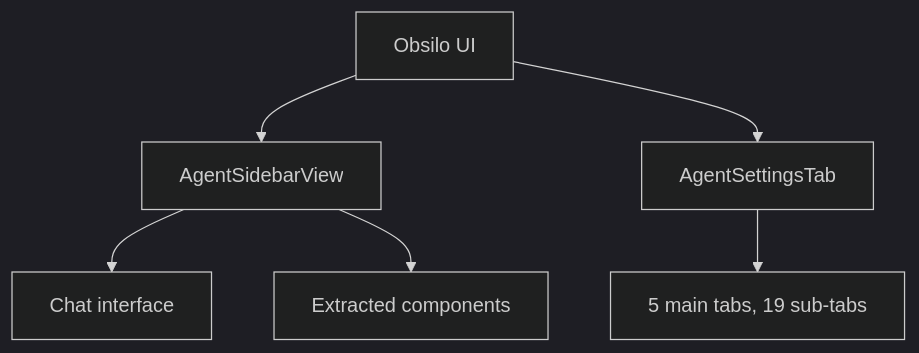
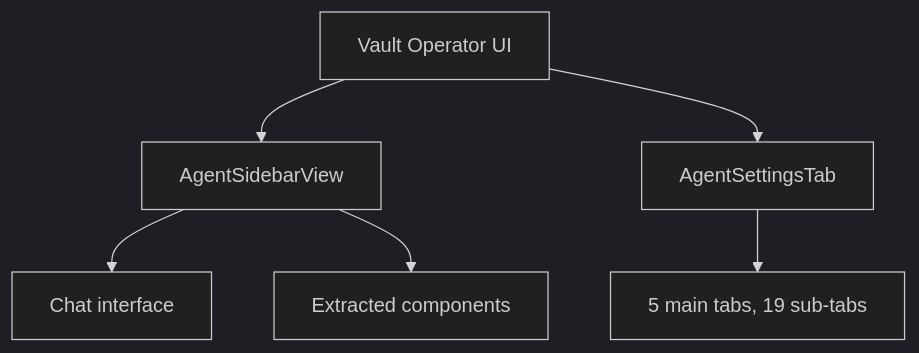
One commit to ivseb/vault-operator changed the diagram in docs/concepts/ui-architecture.md. Above: the diagram before and after it, drawn with Mermaid (dark theme). The commit also changed other lines of this file and 47 other files, not shown here.

````diff
--- a/docs/concepts/ui-architecture.md
+++ b/docs/concepts/ui-architecture.md
@@ -12,8 +12,8 @@
 ```mermaid
 flowchart TD
-    O[Obsilo UI] --> S[AgentSidebarView]
+    O[Vault Operator UI] --> S[AgentSidebarView]
     O --> T[AgentSettingsTab]
     S --> Chat[Chat interface]
     S --> Ext[Extracted components]
     T --> Tabs[5 main tabs, 19 sub-tabs]
 ```
````
